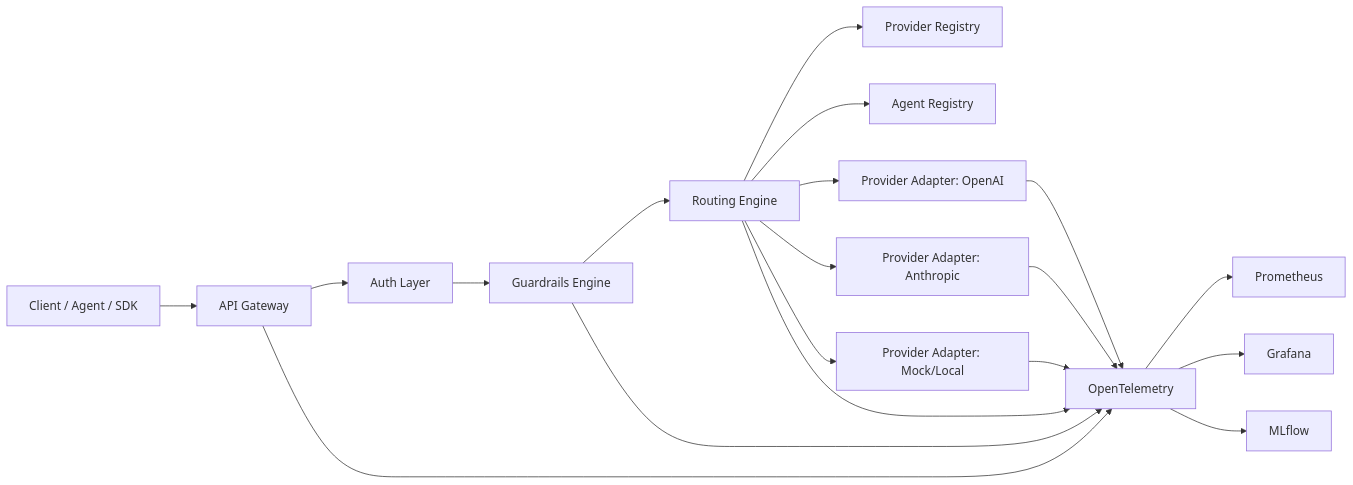
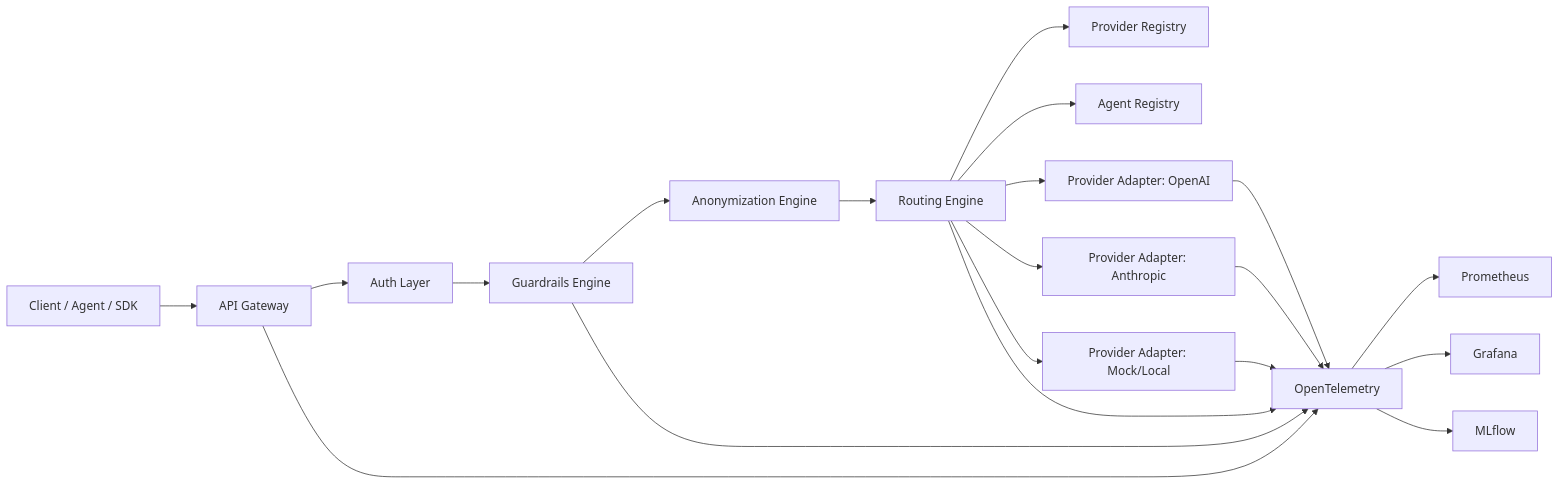
Before and after one commit to PeMikj/astrixa: the diagram in README.md, drawn with Mermaid. The commit also changed other lines of this file and 11 other files, not shown here.

Commit message:
feat: add local anonymization engine

````diff
--- a/README.md
+++ b/README.md
@@ -66,23 +80,24 @@
 ```mermaid
 flowchart LR
     Client[Client / Agent / SDK] --> GW[API Gateway]
     GW --> AUTH[Auth Layer]
     AUTH --> GR[Guardrails Engine]
-    GR --> RE[Routing Engine]
+    GR --> ANON[Anonymization Engine]
+    ANON --> RE[Routing Engine]
     RE --> PR[Provider Registry]
     RE --> AR[Agent Registry]
     RE --> PA1[Provider Adapter: OpenAI]
     RE --> PA2[Provider Adapter: Anthropic]
     RE --> PA3[Provider Adapter: Mock/Local]
 
     GW --> OTEL[OpenTelemetry]
     RE --> OTEL
     GR --> OTEL
     PA1 --> OTEL
     PA2 --> OTEL
     PA3 --> OTEL
 
     OTEL --> PROM[Prometheus]
     OTEL --> GRAF[Grafana]
     OTEL --> MLF[MLflow]
 ```
````
